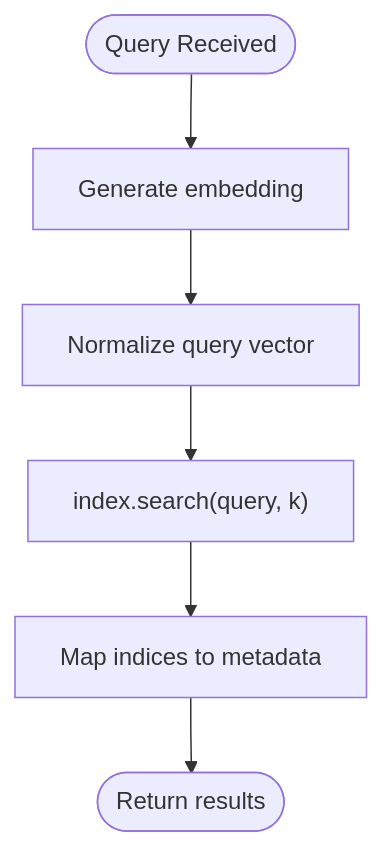
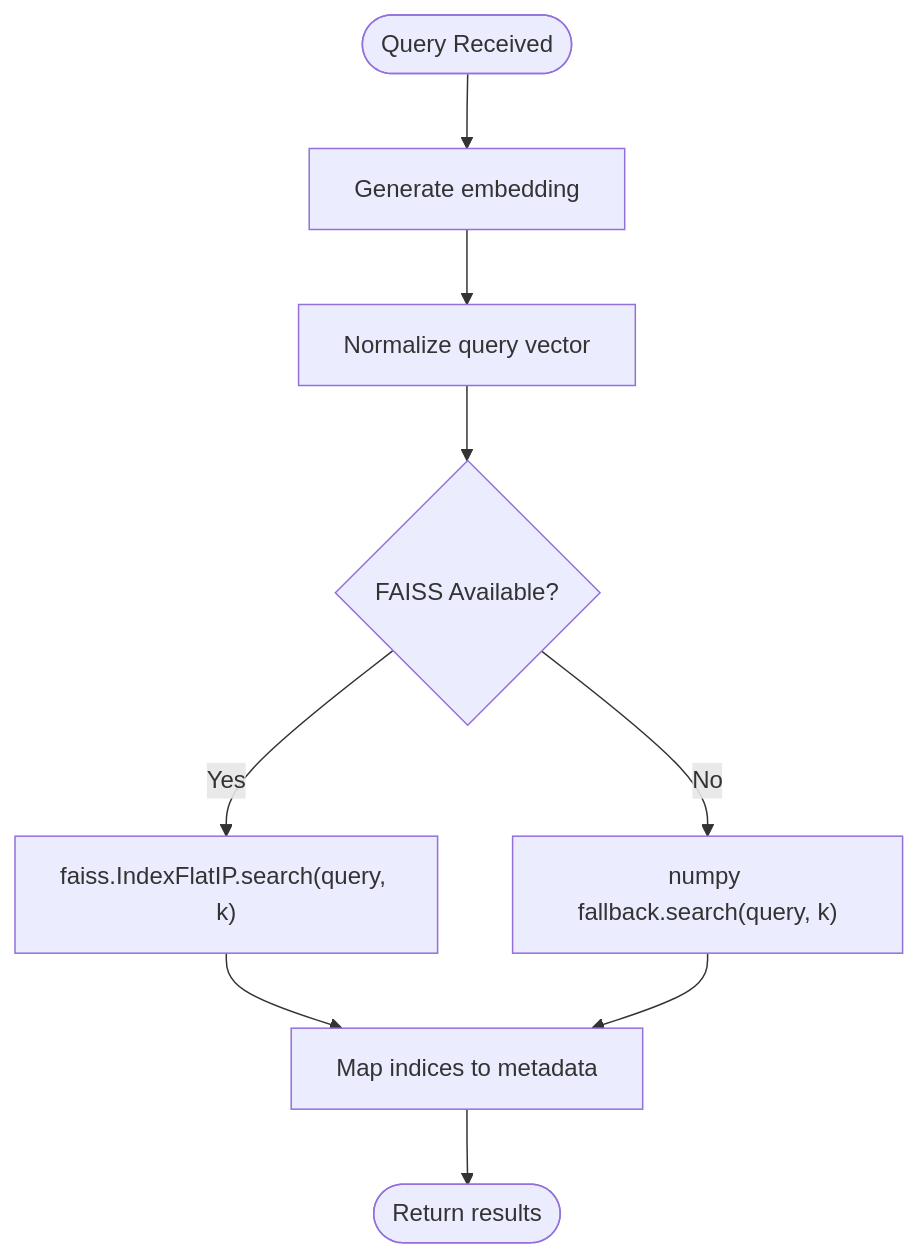
One commit to alexandreybasta-cyber/dubai-media-ai changed the sixth of 9 diagrams in .qoder/repowiki/en/content/Media Processing Pipeline/Search Index Stage.md. Above: the diagram before and after it, drawn with Mermaid. The commit also changed other lines of this file and 48 other files, not shown here.

````diff
--- a/.qoder/repowiki/en/content/Media Processing Pipeline/Search Index Stage.md
+++ b/.qoder/repowiki/en/content/Media Processing Pipeline/Search Index Stage.md
@@ -253,8 +304,11 @@
 ```mermaid
 flowchart TD
 QStart(["Query Received"]) --> E["Generate embedding"]
 E --> N["Normalize query vector"]
-N --> S["index.search(query, k)"]
+N --> Backend{"FAISS Available?"}
+Backend --> |Yes| S["faiss.IndexFlatIP.search(query, k)"]
+Backend --> |No| SF["numpy fallback.search(query, k)"]
 S --> R["Map indices to metadata"]
+SF --> R
 R --> QEnd(["Return results"])
 ```
````
